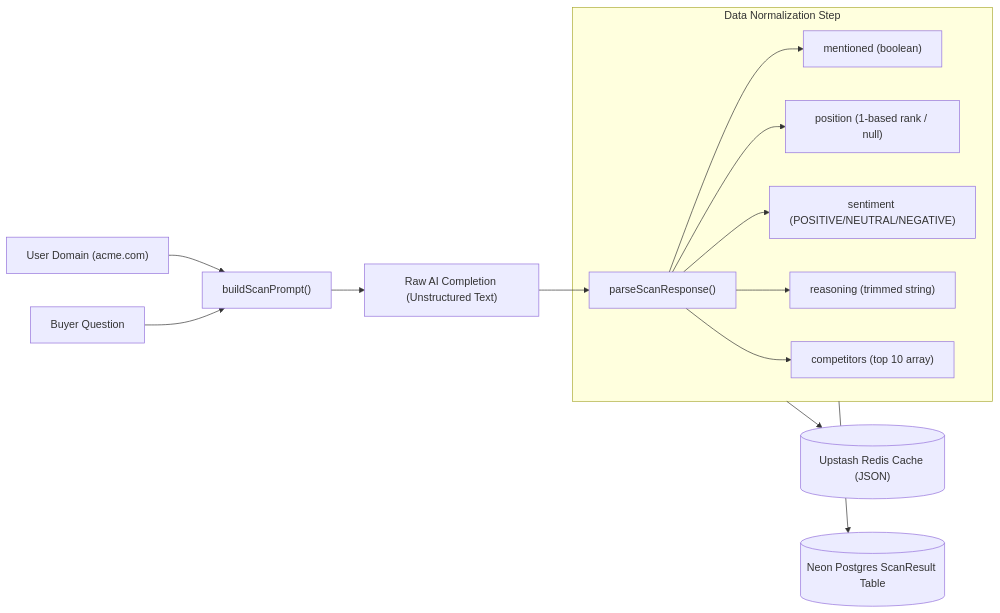
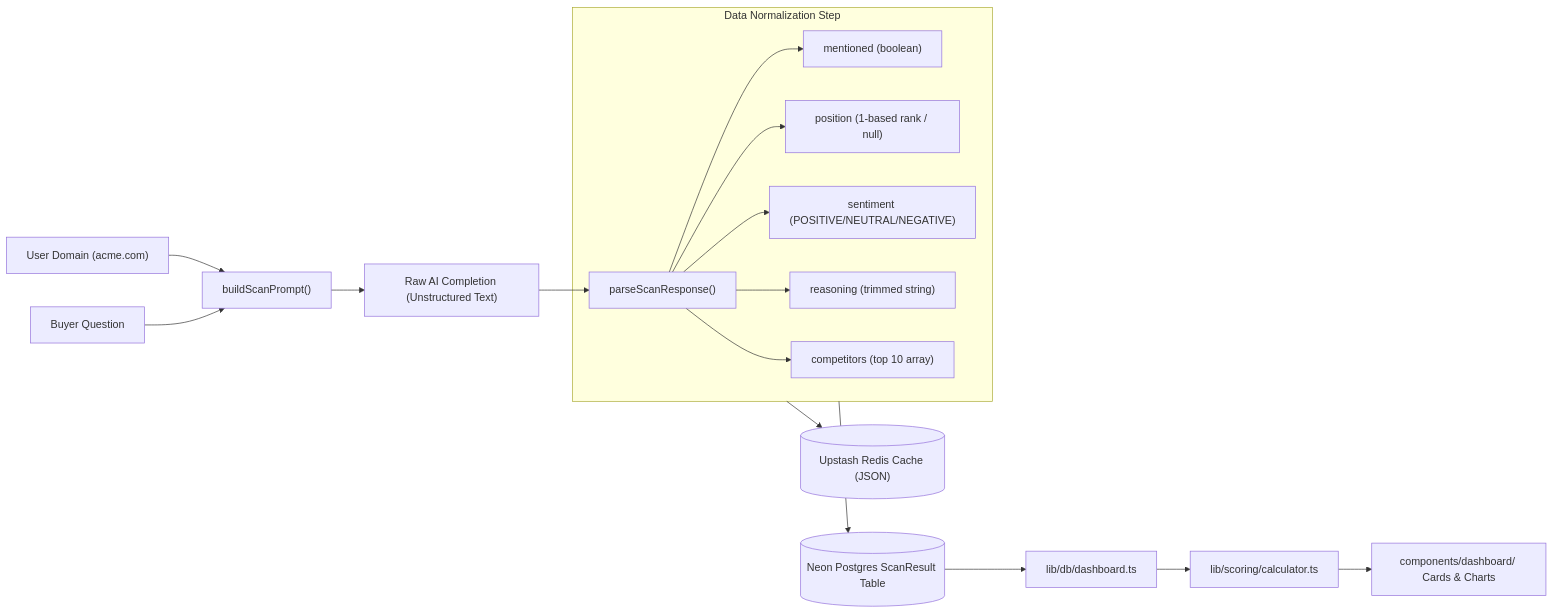
One commit to ryonm411-jpg/answer-os changed the fourth of 5 diagrams in context/context/architecture_overview.md. Above: the diagram before and after it, drawn with Mermaid. The commit also changed other lines of this file and 68 other files, not shown here.

````diff
--- a/context/context/architecture_overview.md
+++ b/context/context/architecture_overview.md
@@ -186,19 +184,23 @@
 ```mermaid
 graph LR
     Domain["User Domain (acme.com)"] --> PromptBuild["buildScanPrompt()"]
     PromptText["Buyer Question"] --> PromptBuild
     
     PromptBuild --> AICompletion["Raw AI Completion (Unstructured Text)"]
     AICompletion --> Parser["parseScanResponse()"]
     
     subgraph DataNormalization ["Data Normalization Step"]
         Parser --> Mentioned["mentioned (boolean)"]
         Parser --> RankPosition["position (1-based rank / null)"]
         Parser --> SentimentEnum["sentiment (POSITIVE/NEUTRAL/NEGATIVE)"]
         Parser --> ReasoningText["reasoning (trimmed string)"]
         Parser --> CompetitorsList["competitors (top 10 array)"]
     end
     
     DataNormalization --> RedisCache[("Upstash Redis Cache (JSON)")]
     DataNormalization --> PostgresDB[("Neon Postgres ScanResult Table")]
+    
+    PostgresDB --> DBReadModel["lib/db/dashboard.ts"]
+    DBReadModel --> ScoringMath["lib/scoring/calculator.ts"]
+    ScoringMath --> DashboardUI["components/dashboard/ Cards & Charts"]
 ```
````
